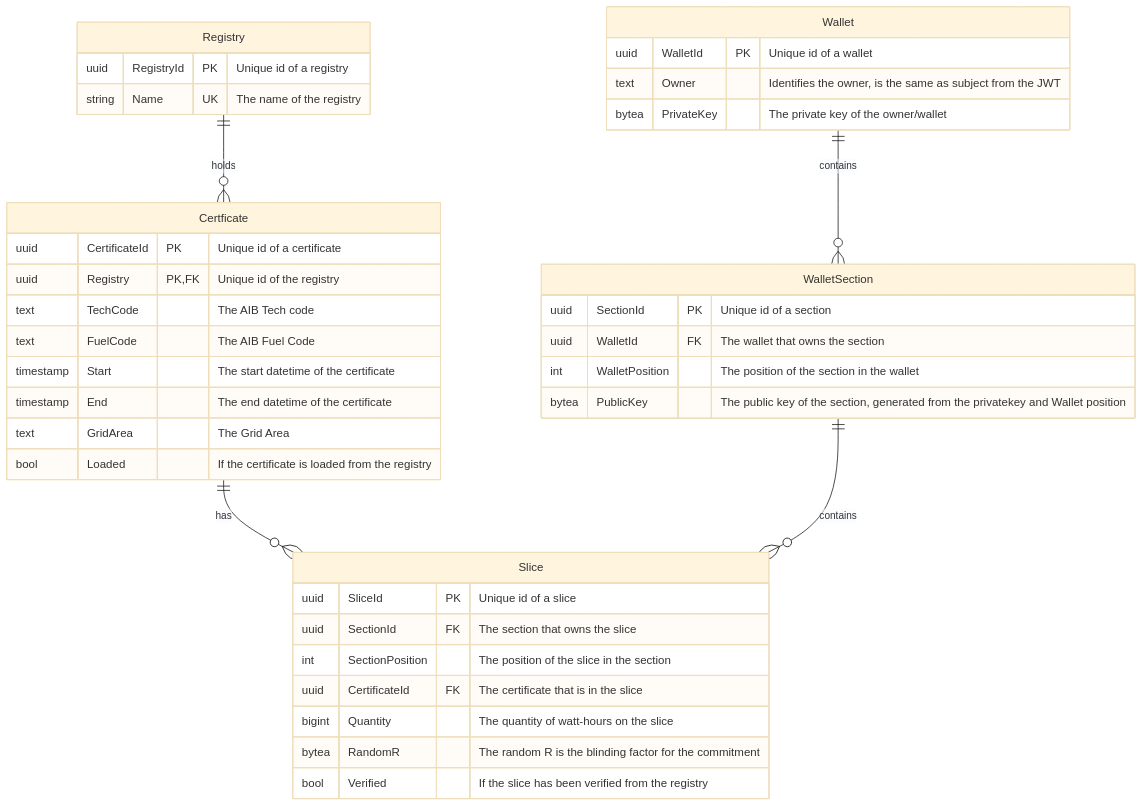
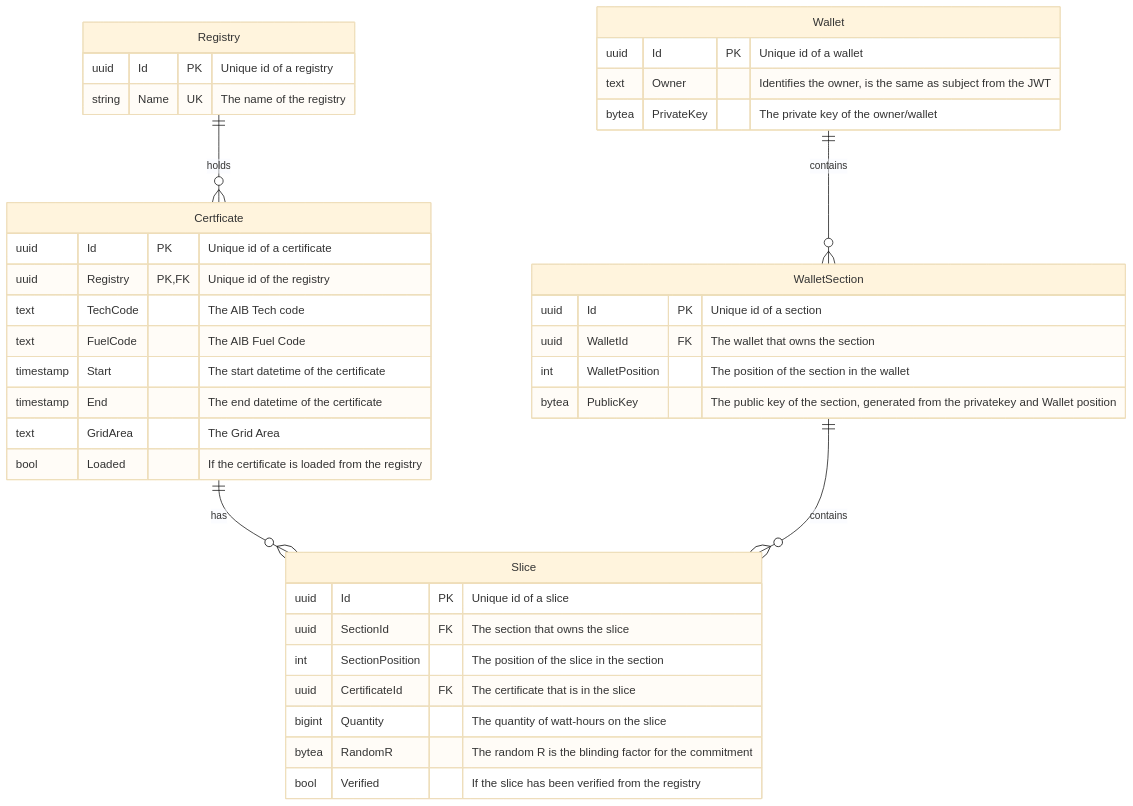
One commit to project-origin/wallet changed the diagram in doc/db_schema.md. Above: the diagram before and after it, drawn with Mermaid (base theme).

Commit message:
fixed naming in db_schema

````diff
--- a/doc/db_schema.md
+++ b/doc/db_schema.md
@@ -1,51 +1,51 @@
 ```mermaid
 erDiagram
 
     Wallet {
-        uuid WalletId PK "Unique id of a wallet"
+        uuid Id PK "Unique id of a wallet"
         text Owner "Identifies the owner, is the same as subject from the JWT"
         bytea PrivateKey "The private key of the owner/wallet"
     }
 
     Wallet ||--o{ WalletSection : contains
 
     Certficate {
-        uuid CertificateId PK "Unique id of a certificate"
+        uuid Id PK "Unique id of a certificate"
         uuid Registry PK,FK "Unique id of the registry"
         text TechCode "The AIB Tech code"
         text FuelCode "The AIB Fuel Code"
         timestamp Start "The start datetime of the certificate"
         timestamp End "The end datetime of the certificate"
         text GridArea "The Grid Area"
         bool Loaded "If the certificate is loaded from the registry"
     }
 
     Certficate ||--o{ Slice : has
 
     WalletSection {
-        uuid SectionId PK "Unique id of a section"
+        uuid Id PK "Unique id of a section"
         uuid WalletId FK "The wallet that owns the section"
         int WalletPosition "The position of the section in the wallet"
         bytea PublicKey "The public key of the section, generated from the privatekey and Wallet position"
     }
 
     Slice {
-        uuid SliceId PK "Unique id of a slice"
+        uuid Id PK "Unique id of a slice"
         uuid SectionId FK "The section that owns the slice"
         int SectionPosition "The position of the slice in the section"
         uuid CertificateId FK "The certificate that is in the slice"
         bigint Quantity "The quantity of watt-hours on the slice"
         bytea RandomR "The random R is the blinding factor for the commitment"
         bool Verified "If the slice has been verified from the registry"
     }
 
     WalletSection ||--o{ Slice : contains
     Registry ||--o{ Certficate : holds
 
 
     Registry {
-        uuid RegistryId PK "Unique id of a registry"
+        uuid Id PK "Unique id of a registry"
         string Name UK "The name of the registry"
     }
 
 ```
````
